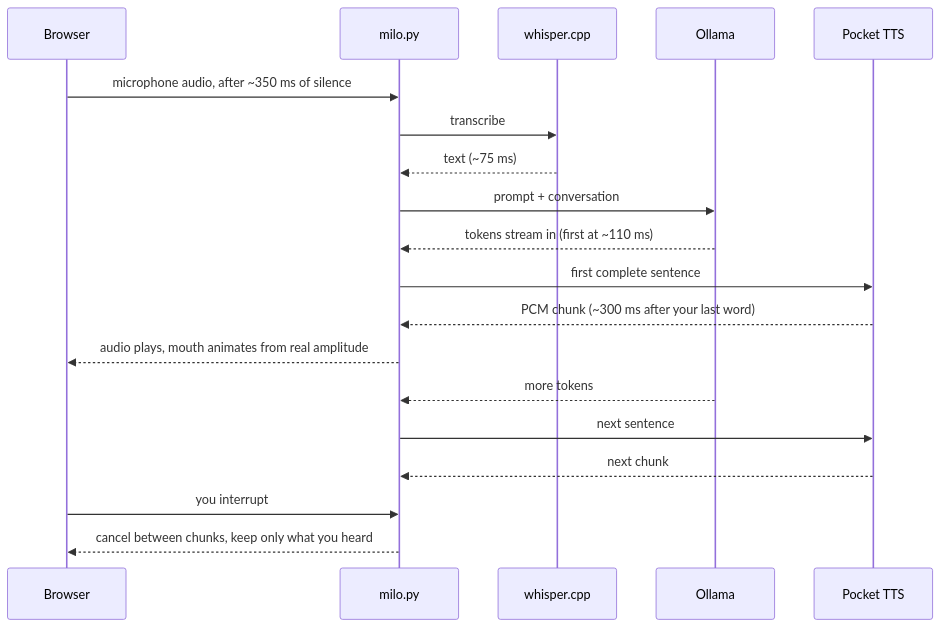
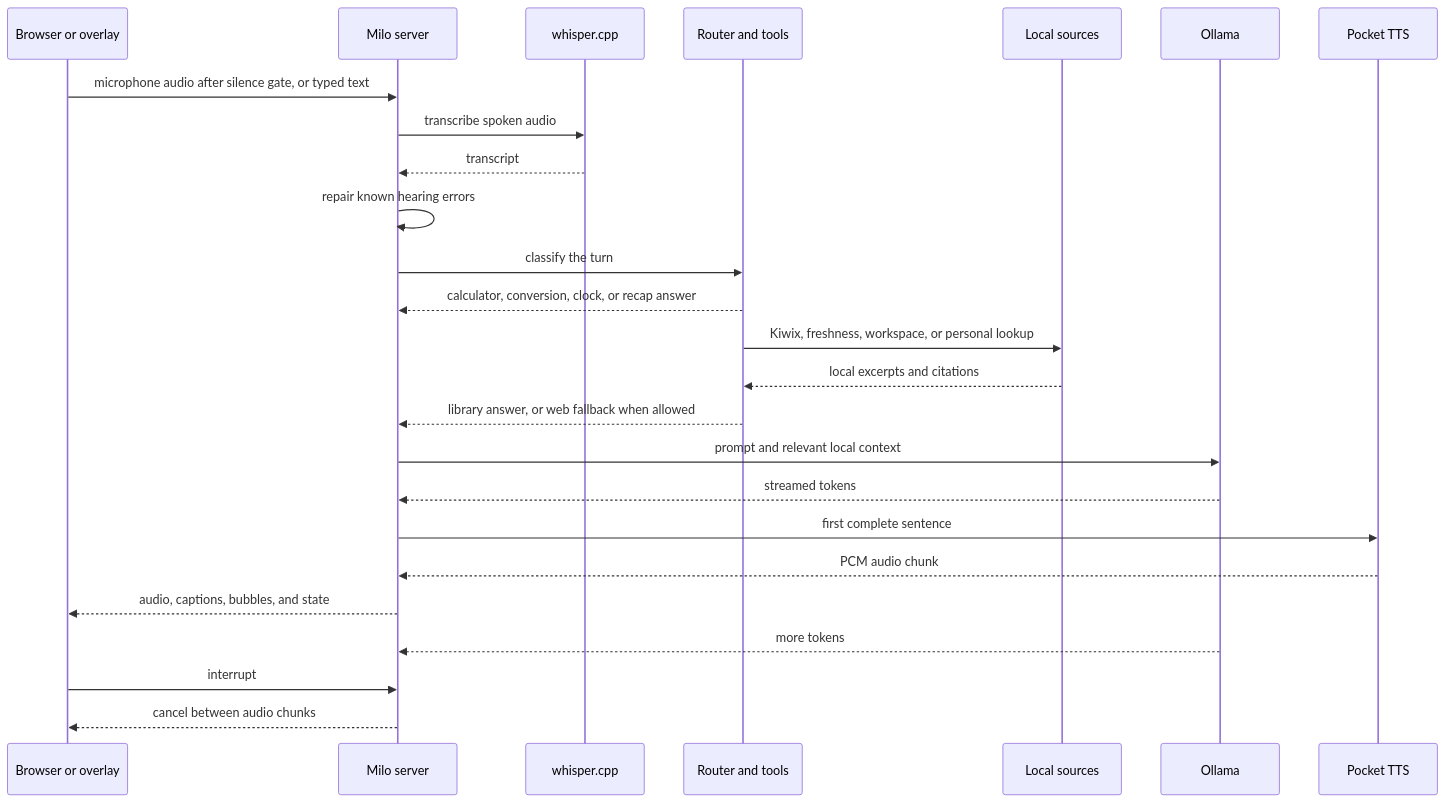
One commit to Calculator5329/milo changed the diagram in README.md. Above: the diagram before and after it, drawn with Mermaid. The commit also changed other lines of this file and 9 other files, not shown here.

First line of the commit message:
Document the v3 engine: setup, README, agent procedure, roadmap, units

````diff
--- a/README.md
+++ b/README.md
@@ -42,22 +42,28 @@
 ```mermaid
 sequenceDiagram
-    participant B as Browser
-    participant S as milo.py
+    participant B as Browser or overlay
+    participant S as Milo server
     participant W as whisper.cpp
+    participant R as Router and tools
+    participant L as Local sources
     participant O as Ollama
     participant T as Pocket TTS
 
-    B->>S: microphone audio, after ~350 ms of silence
-    S->>W: transcribe
-    W-->>S: text (~75 ms)
-    S->>O: prompt + conversation
-    O-->>S: tokens stream in (first at ~110 ms)
+    B->>S: microphone audio after silence gate, or typed text
+    S->>W: transcribe spoken audio
+    W-->>S: transcript
+    S->>S: repair known hearing errors
+    S->>R: classify the turn
+    R-->>S: calculator, conversion, clock, or recap answer
+    R->>L: Kiwix, freshness, workspace, or personal lookup
+    L-->>R: local excerpts and citations
+    R-->>S: library answer, or web fallback when allowed
+    S->>O: prompt and relevant local context
+    O-->>S: streamed tokens
     S->>T: first complete sentence
-    T-->>S: PCM chunk (~300 ms after your last word)
-    S-->>B: audio plays, mouth animates from real amplitude
+    T-->>S: PCM audio chunk
+    S-->>B: audio, captions, bubbles, and state
     O-->>S: more tokens
-    S->>T: next sentence
-    T-->>S: next chunk
-    B->>S: you interrupt
-    S-->>B: cancel between chunks, keep only what you heard
+    B->>S: interrupt
+    S-->>B: cancel between audio chunks
 ```
````
